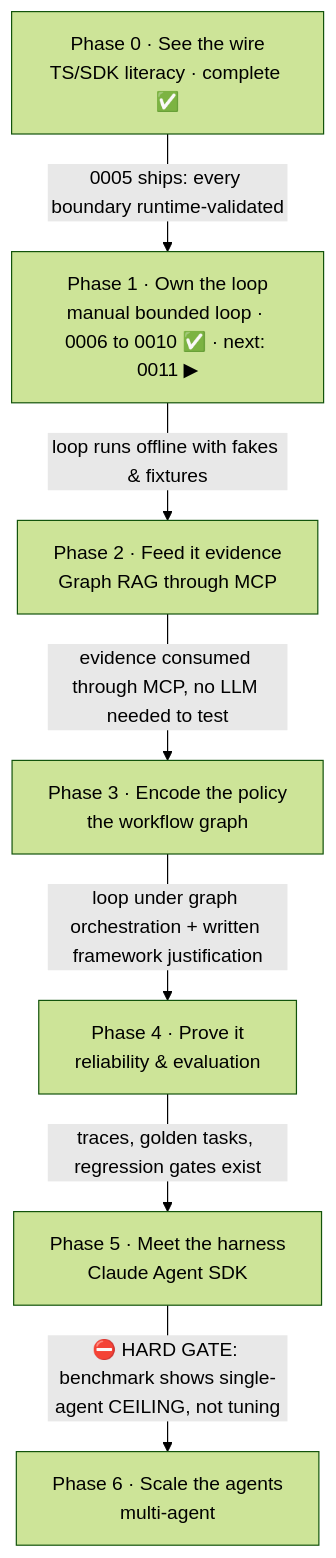
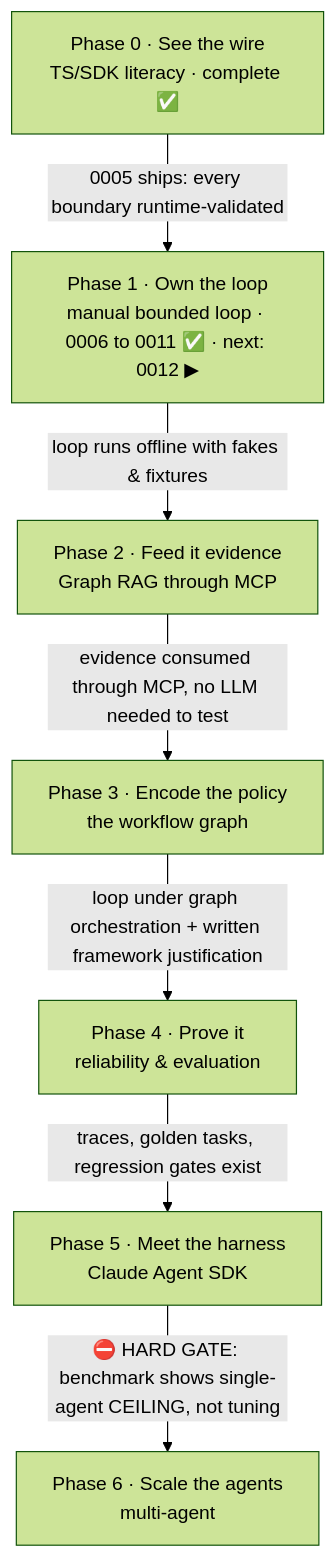
Before and after one commit to JozsefKiss90/TS: the first of 4 diagrams in wiki/course/course-module-graph.md, drawn with Mermaid (forest theme). The commit also changed other lines of this file and 16 other files, not shown here.

````diff
--- a/wiki/course/course-module-graph.md
+++ b/wiki/course/course-module-graph.md
@@ -17,16 +17,16 @@
 ```mermaid
 flowchart TD
     P0["Phase 0 · See the wire<br/>TS/SDK literacy · complete ✅"]
-    P1["Phase 1 · Own the loop<br/>manual bounded loop · 0006 to 0010 ✅ · next: 0011 ▶"]
+    P1["Phase 1 · Own the loop<br/>manual bounded loop · 0006 to 0011 ✅ · next: 0012 ▶"]
     P2["Phase 2 · Feed it evidence<br/>Graph RAG through MCP"]
     P3["Phase 3 · Encode the policy<br/>the workflow graph"]
     P4["Phase 4 · Prove it<br/>reliability & evaluation"]
     P5["Phase 5 · Meet the harness<br/>Claude Agent SDK"]
     P6["Phase 6 · Scale the agents<br/>multi-agent"]
     P0 -->|"0005 ships: every boundary runtime-validated"| P1
     P1 -->|"loop runs offline with fakes & fixtures"| P2
     P2 -->|"evidence consumed through MCP, no LLM needed to test"| P3
     P3 -->|"loop under graph orchestration + written framework justification"| P4
     P4 -->|"traces, golden tasks, regression gates exist"| P5
     P5 -->|"⛔ HARD GATE: benchmark shows single-agent CEILING, not tuning"| P6
 ```
````
